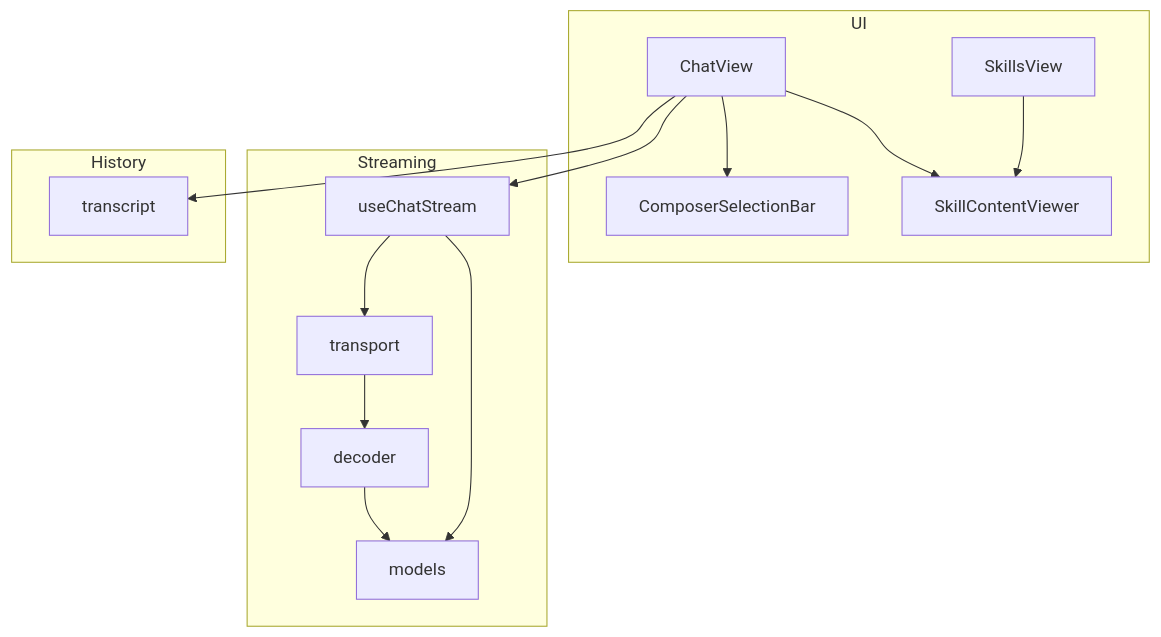
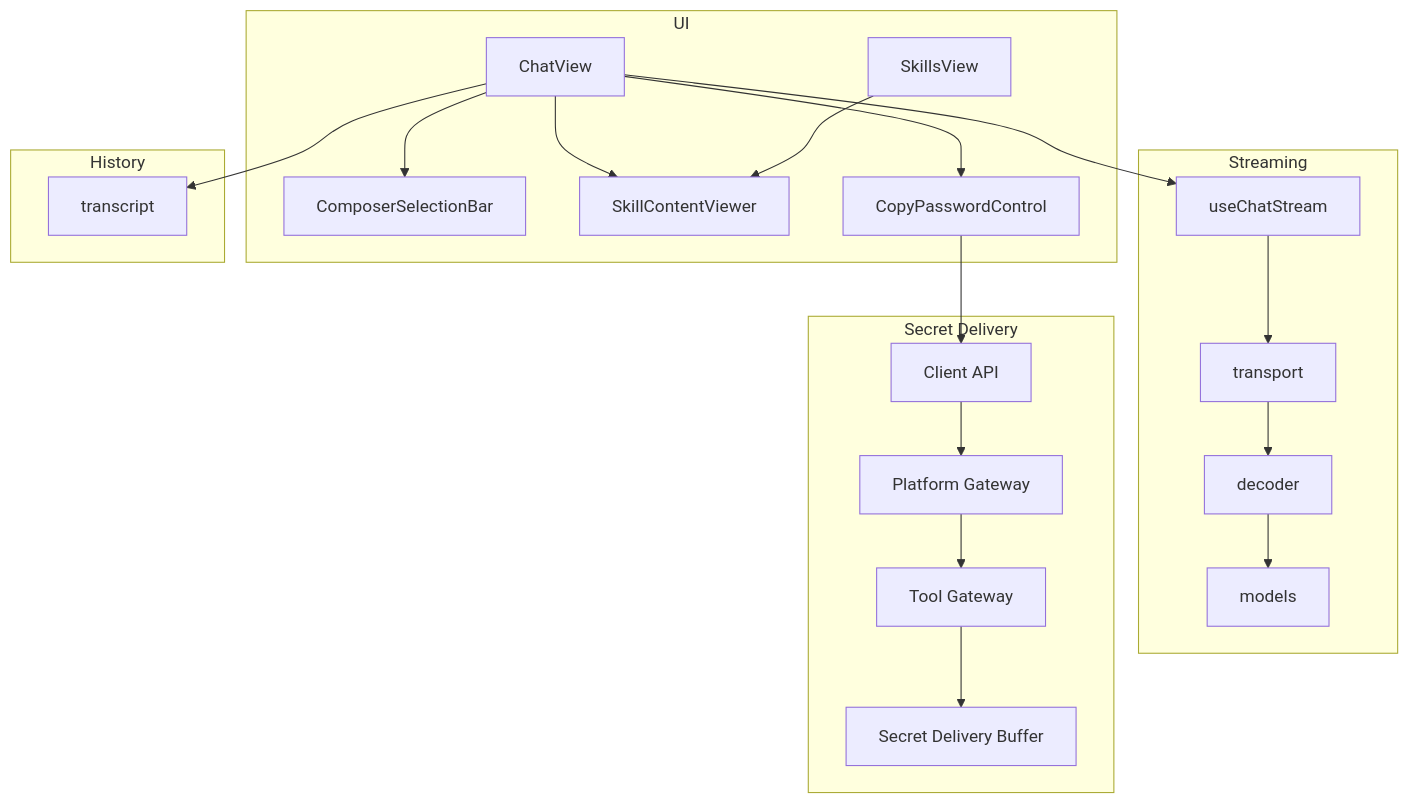
One commit to metasync/luban-aiops changed the first of 9 diagrams in .qoder/repowiki/en/content/Operator Portal/Chat Interface/Chat Interface.md. Above: the diagram before and after it, drawn with Mermaid. The commit also changed other lines of this file and 56 other files, not shown here.

First line of the commit message:
docs: refresh repowiki knowledge cache (SPEC-062 secret delivery, v0.42.0)

````diff
--- a/.qoder/repowiki/en/content/Operator Portal/Chat Interface/Chat Interface.md
+++ b/.qoder/repowiki/en/content/Operator Portal/Chat Interface/Chat Interface.md
@@ -53,27 +62,38 @@
 ```mermaid
 graph TB
 subgraph "UI"
 CV["ChatView"]
 CSB["ComposerSelectionBar"]
 SCV["SkillContentViewer"]
 SV["SkillsView"]
+CPC["CopyPasswordControl"]
 end
 subgraph "Streaming"
 UCS["useChatStream"]
 TR["transport"]
 DEC["decoder"]
 MOD["models"]
 end
+subgraph "Secret Delivery"
+API["Platform Gateway"]
+TC["Tool Gateway"]
+BUF["Secret Delivery Buffer"]
+CLI["Client API"]
+end
 subgraph "History"
 TRN["transcript"]
 end
 CV --> UCS
 CV --> CSB
 CV --> SCV
+CV --> CPC
 SV --> SCV
 CV --> TRN
 UCS --> TR
 TR --> DEC
 DEC --> MOD
-UCS --> MOD
+CPC --> CLI
+CLI --> API
+API --> TC
+TC --> BUF
 ```
````
